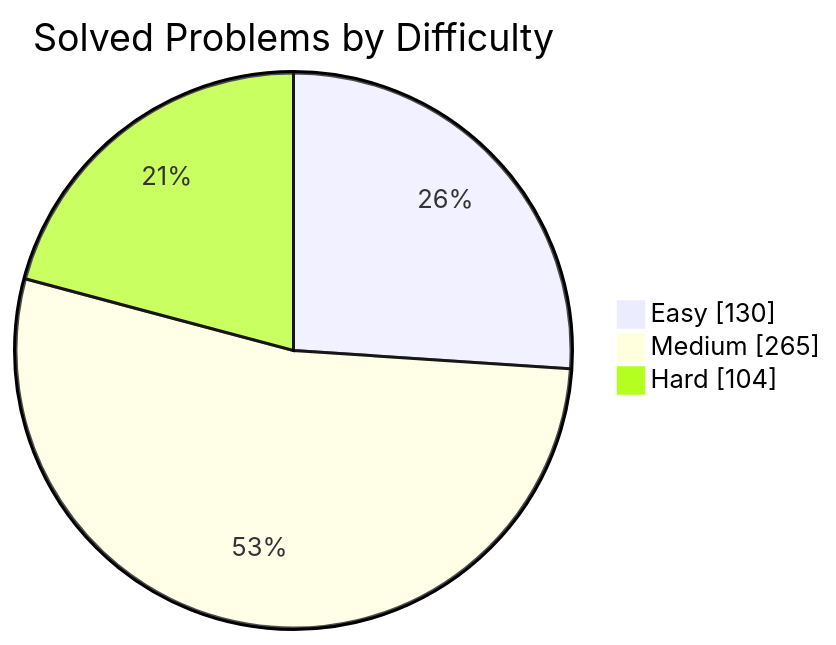
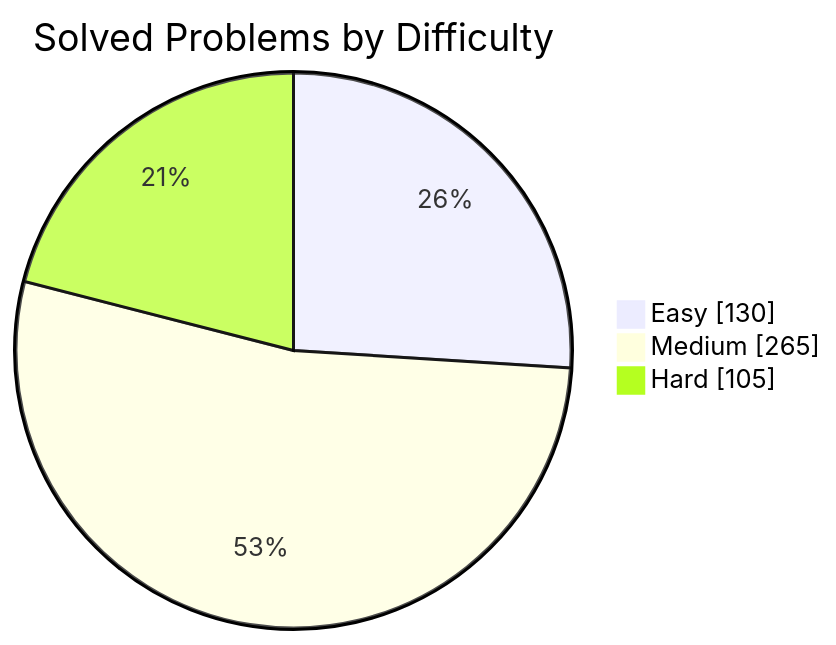
The first of 2 diagrams in README.md (manikantbindass/DSA-Preparation-FAANG), drawn with Mermaid before and after one commit. The commit also changed other lines of this file and 1 other file, not shown here.

````diff
--- a/README.md
+++ b/README.md
@@ -77,7 +77,7 @@
 ```mermaid
 pie showData
     title Solved Problems by Difficulty
     "Easy" : 130
     "Medium" : 265
-    "Hard" : 104
+    "Hard" : 105
 ```
````
